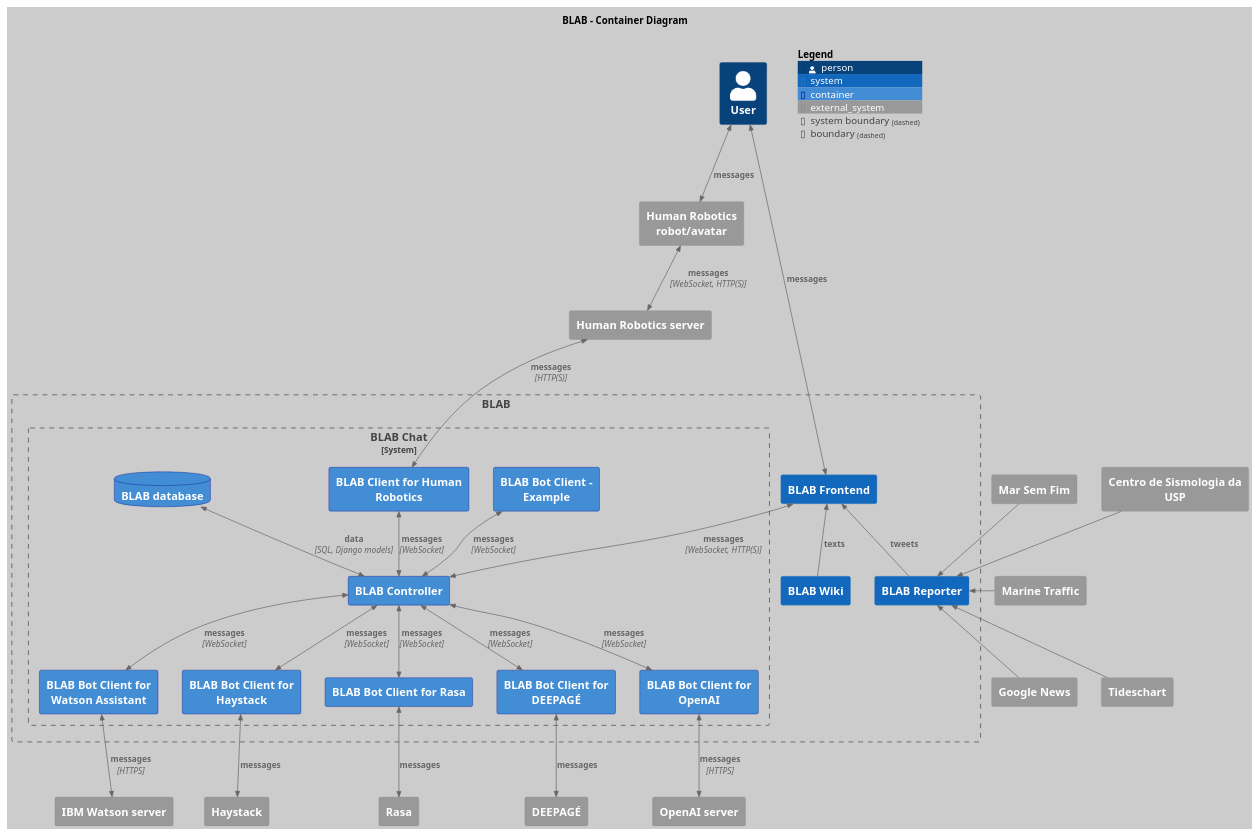
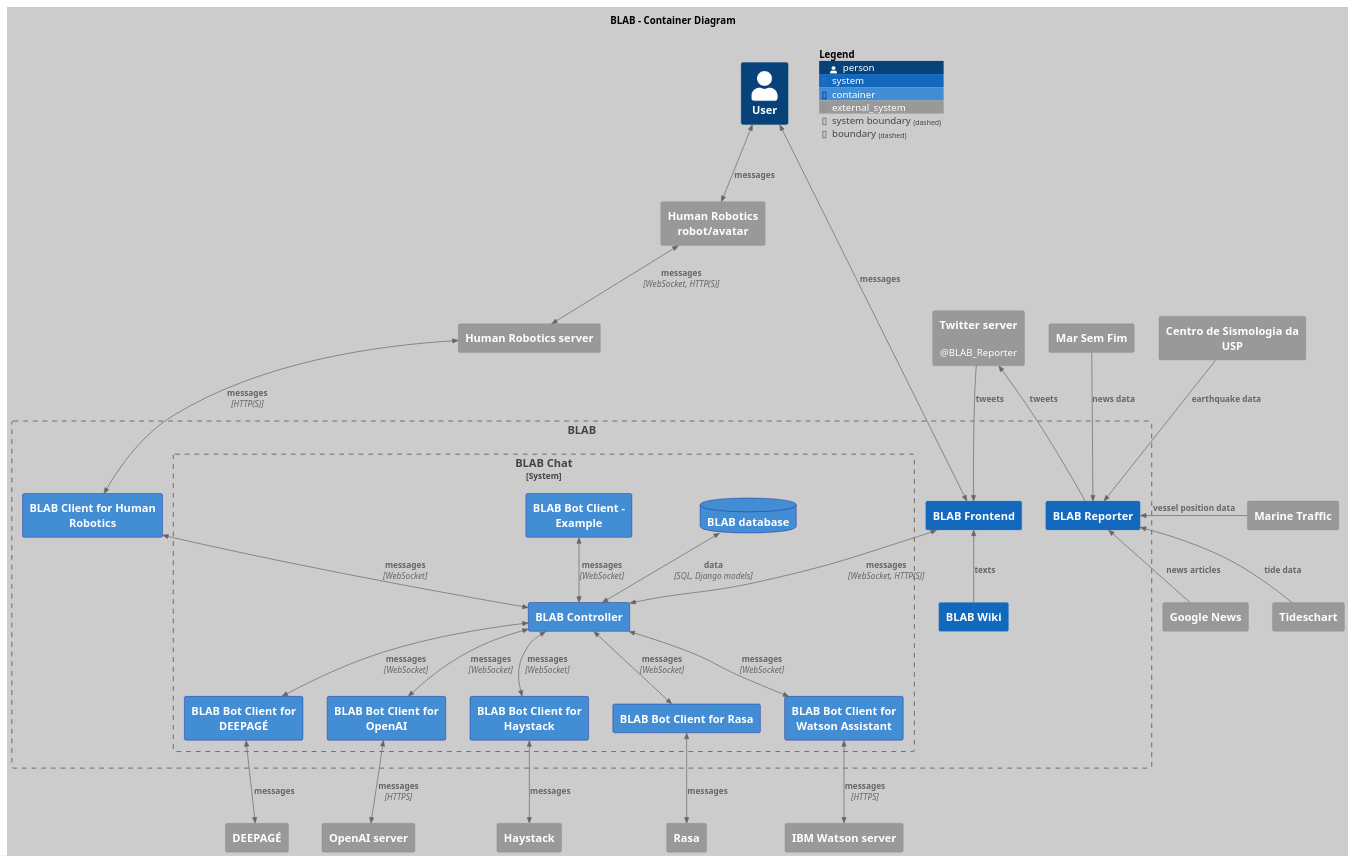
One commit to C4AI/BLAB changed the diagram in diagrams/plantuml/puml/2_container_diagram.puml. Above: the diagram before and after it, drawn with PlantUML.

Commit message:
Make server separation explicit

```diff
--- a/diagrams/plantuml/puml/2_container_diagram.puml
+++ b/diagrams/plantuml/puml/2_container_diagram.puml
@@ -1,95 +1,99 @@
 @startuml
 
 title BLAB - Container Diagram
 !include ../../../.lib/C4_Container.puml
 
     skinparam backgroundColor #CCCCCC
 
     Person(user, "User")
 
     Boundary(b, "BLAB") {
 
         System(blab_frontend, "BLAB Frontend")
 
+        Container(blab_client_human_robotics, "BLAB Client for Human Robotics")
+
         System_Boundary(blab_chat, "BLAB Chat") {
             Container(blab_controller, "BLAB Controller")
-            Container(blab_client_human_robotics, "BLAB Client for Human Robotics")
+
             Container(blab_chatbot_deepage, "BLAB Bot Client for DEEPAGÉ")
             Container(blab_chatbot_haystack, "BLAB Bot Client for Haystack")
             Container(blab_chatbot_watson, "BLAB Bot Client for Watson Assistant")
             Container(blab_chatbot_openai, "BLAB Bot Client for OpenAI")
             Container(blab_chatbot_rasa, "BLAB Bot Client for Rasa")
             Container(blab_chatbot_example, "BLAB Bot Client - Example")
 
             ContainerDb(blab_controller_database, "BLAB database")
 
         }
         System(blab_reporter, "BLAB Reporter")
         System(blab_wiki, "BLAB Wiki")
     }
 
     System_Ext(human_robotics_robot, "Human Robotics robot/avatar")
     System_Ext(human_robotics_server, "Human Robotics server")
+    System_Ext(blab_reporter_twitter, "Twitter server", "@BLAB_Reporter")
 
     System_Ext(google_news, "Google News")
     System_Ext(tideschart, "Tideschart")
     System_Ext(marine_traffic, "Marine Traffic")
     System_Ext(mar_sem_fim, "Mar Sem Fim")
     System_Ext(sismologia_usp, "Centro de Sismologia da USP")
 
     System_Ext(openai_server, "OpenAI server")
     System_Ext(watson_server, "IBM Watson server")
     System_Ext(deepage, "DEEPAGÉ")
     System_Ext(haystack, "Haystack")
     System_Ext(rasa, "Rasa")
 
     BiRel(blab_frontend, blab_controller, "messages", "WebSocket, HTTP(S)")
     BiRel(human_robotics_robot, human_robotics_server, "messages", "WebSocket, HTTP(S)")
     BiRel(human_robotics_server, blab_client_human_robotics, "messages", "HTTP(S)")
     BiRel(blab_client_human_robotics, blab_controller, "messages", "WebSocket")
     BiRel(blab_chatbot_deepage, blab_controller, "messages", "WebSocket")
     BiRel(blab_chatbot_haystack, blab_controller, "messages", "WebSocket")
     BiRel(blab_chatbot_watson, blab_controller, "messages", "WebSocket")
     BiRel(blab_chatbot_openai, blab_controller, "messages", "WebSocket")
     BiRel(blab_chatbot_rasa, blab_controller, "messages", "WebSocket")
     BiRel(blab_chatbot_example, blab_controller, "messages", "WebSocket")
-    Rel_U(blab_reporter, blab_frontend, "tweets")
+    Rel_U(blab_reporter, blab_reporter_twitter, "tweets")
+    Rel_U(blab_reporter_twitter, blab_frontend, "tweets")
     Rel_U(blab_wiki, blab_frontend, "texts")
 
     BiRel(blab_chatbot_deepage, deepage, "messages")
     BiRel(blab_chatbot_haystack, haystack, "messages")
     BiRel(blab_chatbot_watson, watson_server, "messages", "HTTPS")
     BiRel(blab_chatbot_openai, openai_server, "messages", "HTTPS")
     BiRel(blab_chatbot_rasa, rasa, "messages")
 
-    Rel_U(google_news, blab_reporter, "")
-    Rel_U(tideschart, blab_reporter, "")
-    Rel_R(marine_traffic, blab_reporter, "")
-    Rel_D(mar_sem_fim, blab_reporter, "")
-    Rel_D(sismologia_usp, blab_reporter, "")
+    Rel_U(google_news, blab_reporter, "news articles")
+    Rel_U(tideschart, blab_reporter, "tide data")
+    Rel_R(marine_traffic, blab_reporter, "vessel position data")
+    Rel_D(mar_sem_fim, blab_reporter, "news data")
+    Rel_D(sismologia_usp, blab_reporter, "earthquake data")
 
 
 
     BiRel(user, blab_frontend, "messages")
     BiRel(user, human_robotics_robot, "messages")
 
     BiRel_L(blab_controller, blab_controller_database, "data", "SQL, Django models")
 
 
     Lay_R(blab_controller, blab_chatbot_haystack)
     Lay_R(blab_chatbot_haystack, blab_chatbot_watson)
     Lay_R(blab_chatbot_watson, blab_chatbot_rasa)
     Lay_R(blab_chatbot_rasa, blab_chatbot_deepage)
     Lay_R(blab_chatbot_deepage, blab_chatbot_openai)
 
     Lay_U(blab_chatbot_haystack, haystack)
     Lay_U(blab_chatbot_deepage, deepage)
     Lay_U(blab_chatbot_rasa, rasa)
     Lay_U(blab_chatbot_watson, watson_server)
     Lay_U(blab_chatbot_openai, openai_server)
 
     Lay_Distance(blab_controller_database, blab_chatbot_watson, 1)
 
     UpdateElementStyle("container", $borderColor="darkblue")
     SHOW_FLOATING_LEGEND()
 @enduml
```
